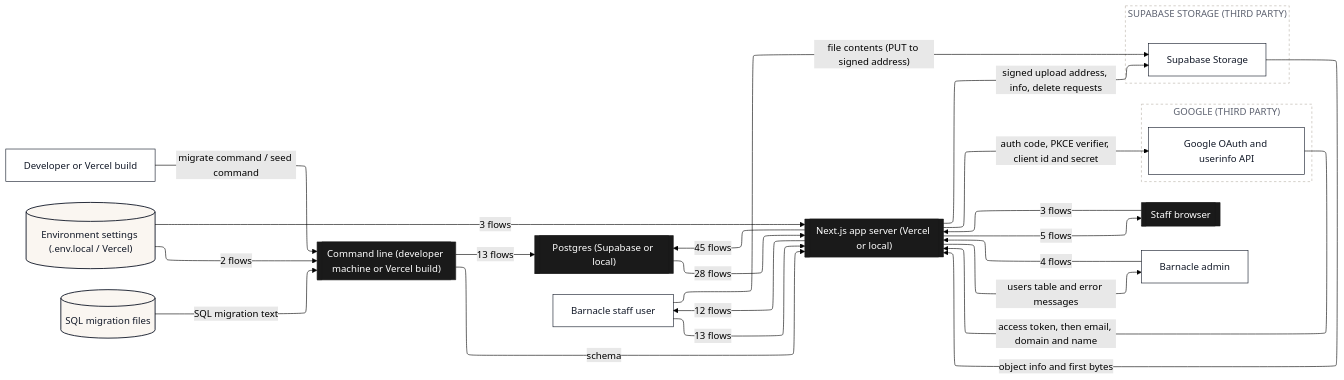
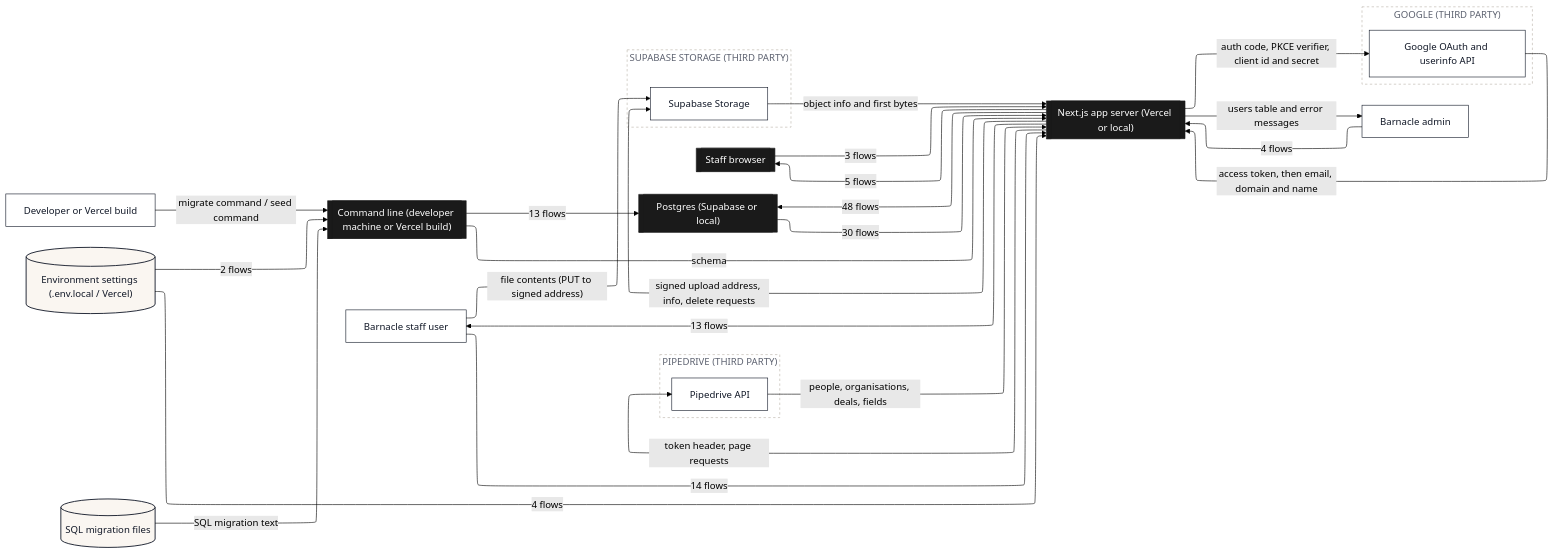
One commit to Romain-Perche/Barnacle-Pipe changed the second of 12 diagrams in dataflow/DATAFLOW.md. Above: the diagram before and after it, drawn with Mermaid (forest theme). The commit also changed other lines of this file and 12 other files, not shown here.

````diff
--- a/dataflow/DATAFLOW.md
+++ b/dataflow/DATAFLOW.md
@@ -112,52 +126,58 @@
 ```mermaid
 ---
 config:
   layout: elk
 ---
 flowchart LR
     n1[["Next.js app server (Vercel or local)"]]
     n2[["Staff browser"]]
     n3[["Command line (developer machine or Vercel build)"]]
     n4[["Postgres (Supabase or local)"]]
     n5["Barnacle admin"]
     n6["Developer or Vercel build"]
     n7[("Environment settings (.env.local / Vercel)")]
     n8[("SQL migration files")]
     n9["Barnacle staff user"]
     subgraph z1["GOOGLE (THIRD PARTY)"]
         n10["Google OAuth and userinfo API"]
     end
-    subgraph z2["SUPABASE STORAGE (THIRD PARTY)"]
-        n11["Supabase Storage"]
+    subgraph z2["PIPEDRIVE (THIRD PARTY)"]
+        n11["Pipedrive API"]
     end
-    n1 -->|"45 flows"| n4
-    n1 -->|"12 flows"| n9
-    n4 -->|"28 flows"| n1
+    subgraph z3["SUPABASE STORAGE (THIRD PARTY)"]
+        n12["Supabase Storage"]
+    end
+    n1 -->|"48 flows"| n4
+    n1 -->|"13 flows"| n9
+    n4 -->|"30 flows"| n1
     n5 -->|"4 flows"| n1
     n2 -->|"3 flows"| n1
     n6 -->|"migrate command / seed command"| n3
-    n7 -->|"3 flows"| n1
+    n7 -->|"4 flows"| n1
     n7 -->|"2 flows"| n3
     n1 -->|"5 flows"| n2
-    n1 -->|"signed upload address, info, delete requests"| n11
+    n1 -->|"signed upload address, info, delete requests"| n12
     n1 -->|"auth code, PKCE verifier, client id and secret"| n10
     n10 -->|"access token, then email, domain and name"| n1
     n3 -->|"13 flows"| n4
     n3 -->|"schema"| n1
     n8 -->|"SQL migration text"| n3
-    n9 -->|"13 flows"| n1
-    n9 -->|"file contents (PUT to signed address)"| n11
-    n11 -->|"object info and first bytes"| n1
+    n11 -->|"people, organisations, deals, fields"| n1
+    n1 -->|"token header, page requests"| n11
+    n9 -->|"14 flows"| n1
+    n9 -->|"file contents (PUT to signed address)"| n12
+    n12 -->|"object info and first bytes"| n1
     n1 -->|"users table and error messages"| n5
     classDef actor fill:#FFFFFF,stroke:#111827,stroke-width:1px,color:#111827
     classDef process fill:#EDEAFF,stroke:#2B00FF,stroke-width:1.5px,color:#111827
     classDef store fill:#FAF6F1,stroke:#111827,stroke-width:1.5px,color:#111827
     classDef zone fill:#1A1A1A,stroke:#1A1A1A,color:#FFFFFF
     classDef group fill:#2B00FF,stroke:#2B00FF,color:#FFFFFF
     classDef stub fill:#FFFFFF,stroke:#2B00FF,stroke-width:1.5px,stroke-dasharray:5 4,color:#2B00FF
-    class n5,n6,n9,n10,n11 actor
+    class n5,n6,n9,n10,n11,n12 actor
     class n7,n8 store
     class n1,n2,n3,n4 zone
     style z1 fill:#FFFFFF,stroke:#B9B2A8,stroke-dasharray:4 4,color:#5D6270
     style z2 fill:#FFFFFF,stroke:#B9B2A8,stroke-dasharray:4 4,color:#5D6270
+    style z3 fill:#FFFFFF,stroke:#B9B2A8,stroke-dasharray:4 4,color:#5D6270
 ```
````
